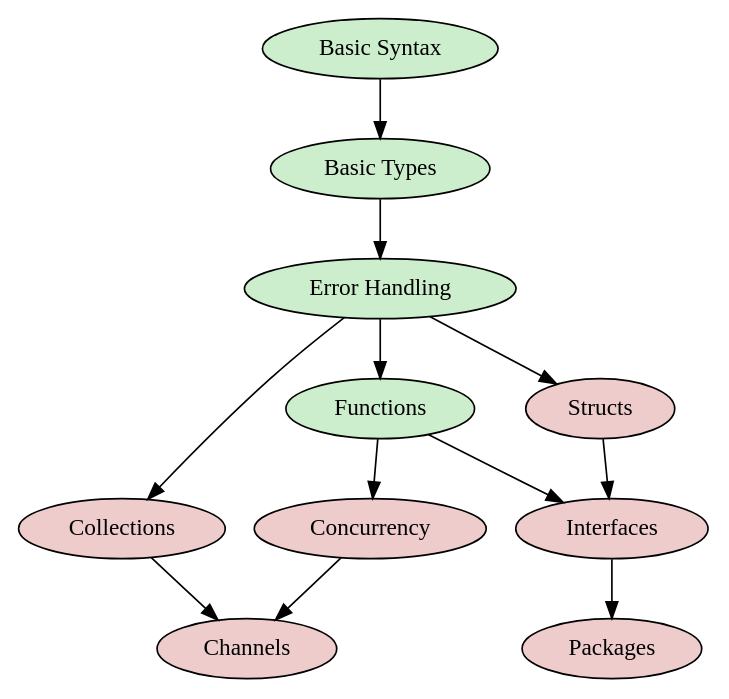
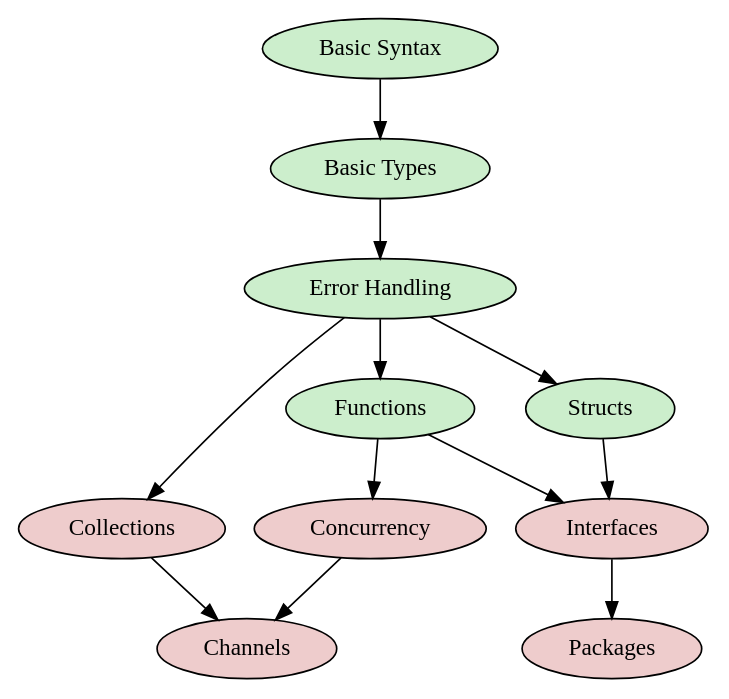
One commit to pdbogen/go101 changed the diagram in index.dot. Above: the diagram before and after it, drawn with Graphviz. The commit also changed 8 other files, not shown here.

```diff
--- a/index.dot
+++ b/index.dot
@@ -1,12 +1,13 @@
 digraph {
   node [style=filled, fillcolor="#EECCCC"];
   "Basic Syntax" [href="./basics", fillcolor="#CCEECC"];
   "Basic Types" [href="./types", fillcolor="#CCEECC"];
   "Error Handling" [href="./errors", fillcolor="#CCEECC"];
   "Functions" [href="./functions", fillcolor="#CCEECC"];
+  "Structs" [href="./structs", fillcolor="#CCEECC"];
   "Basic Syntax" -> "Basic Types" -> "Error Handling";
   "Error Handling" -> "Functions" -> "Concurrency" -> "Channels";
   "Error Handling" -> "Collections" -> "Channels";
   "Error Handling" -> "Structs" -> "Interfaces" -> "Packages"
   "Functions" -> "Interfaces";
 }
```
